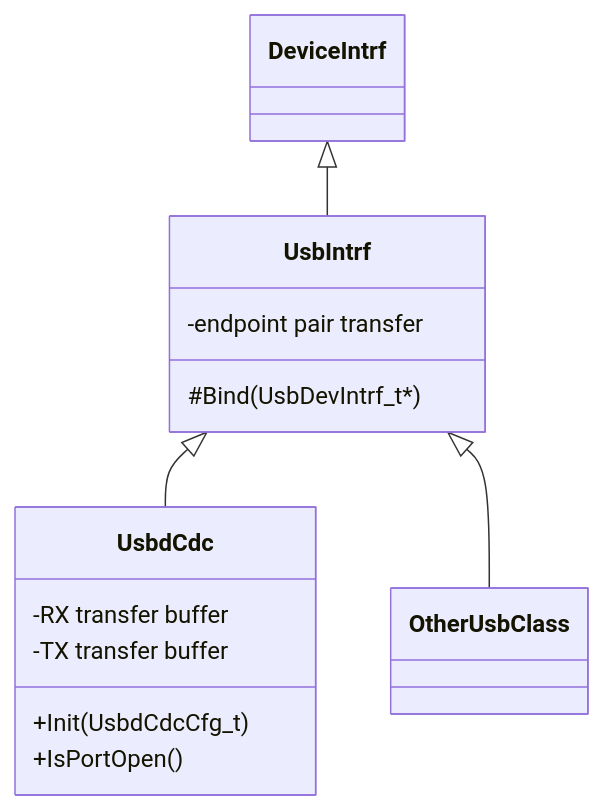
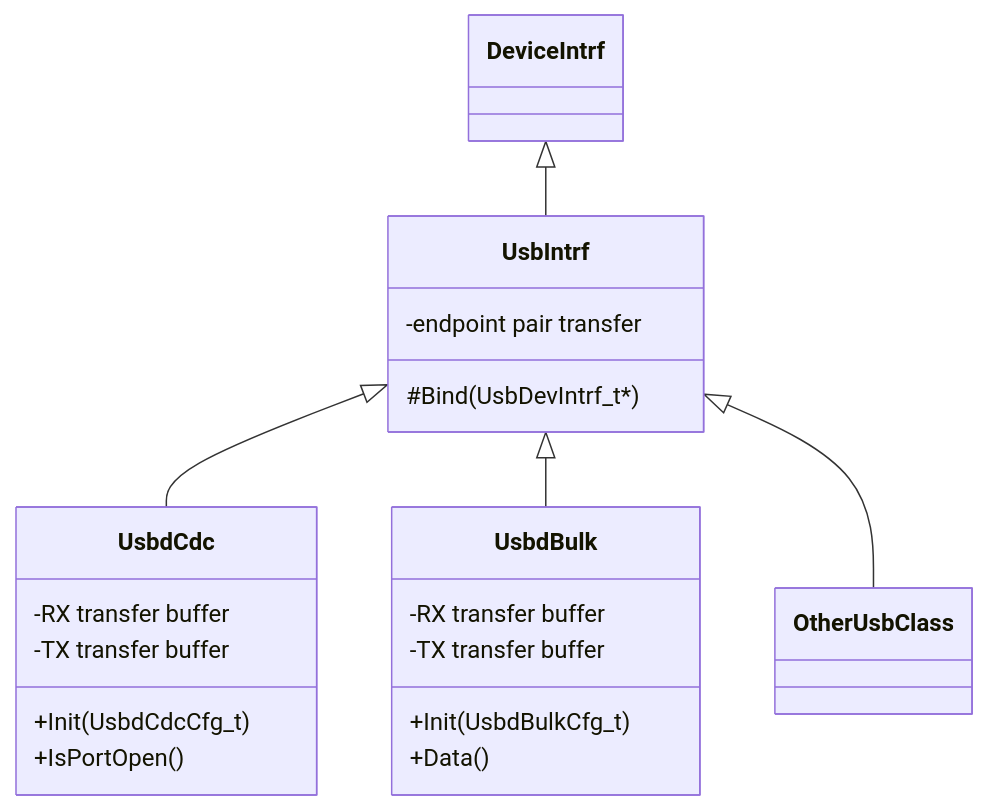
One commit to IOsonata/IOsonata changed the second of 3 diagrams in docs/architecture/usb.md. Above: the diagram before and after it, drawn with Mermaid. The commit also changed other lines of this file and 6 other files, not shown here.

First line of the commit message:
Add reusable vendor bulk USB class

````diff
--- a/docs/architecture/usb.md
+++ b/docs/architecture/usb.md
@@ -40,16 +42,23 @@
 ```mermaid
 classDiagram
     DeviceIntrf <|-- UsbIntrf
     UsbIntrf <|-- UsbdCdc
+    UsbIntrf <|-- UsbdBulk
     UsbIntrf <|-- OtherUsbClass
     class UsbIntrf {
         #Bind(UsbDevIntrf_t*)
         -endpoint pair transfer
     }
     class UsbdCdc {
         +Init(UsbdCdcCfg_t)
         +IsPortOpen()
         -RX transfer buffer
         -TX transfer buffer
     }
+    class UsbdBulk {
+        +Init(UsbdBulkCfg_t)
+        +Data()
+        -RX transfer buffer
+        -TX transfer buffer
+    }
 ```
````
